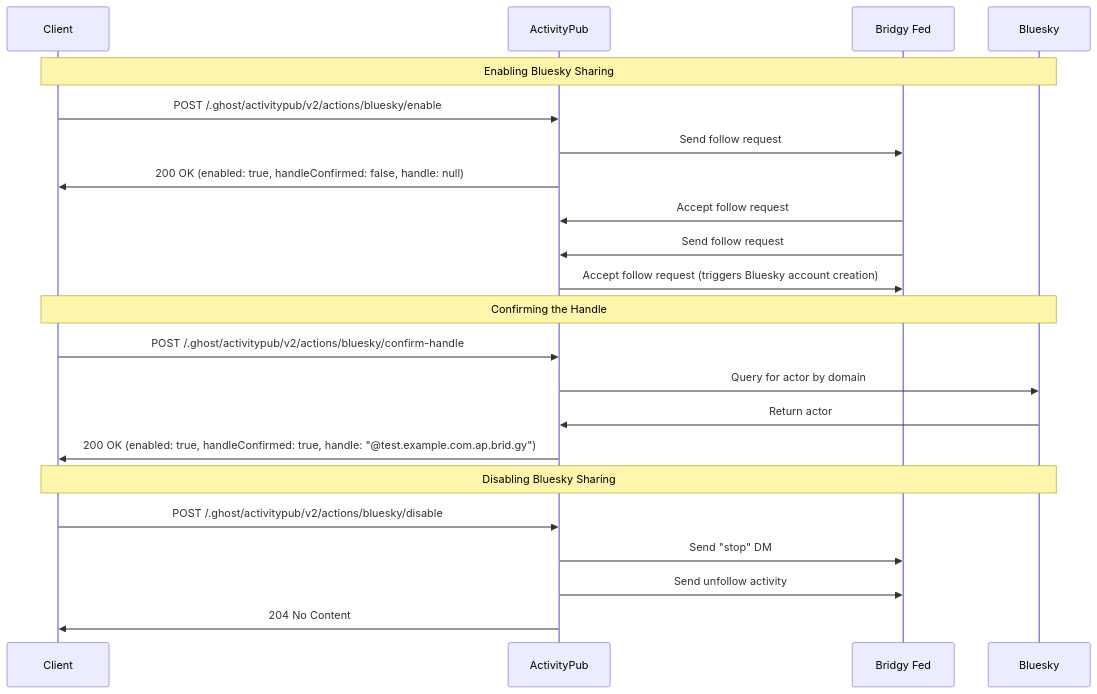
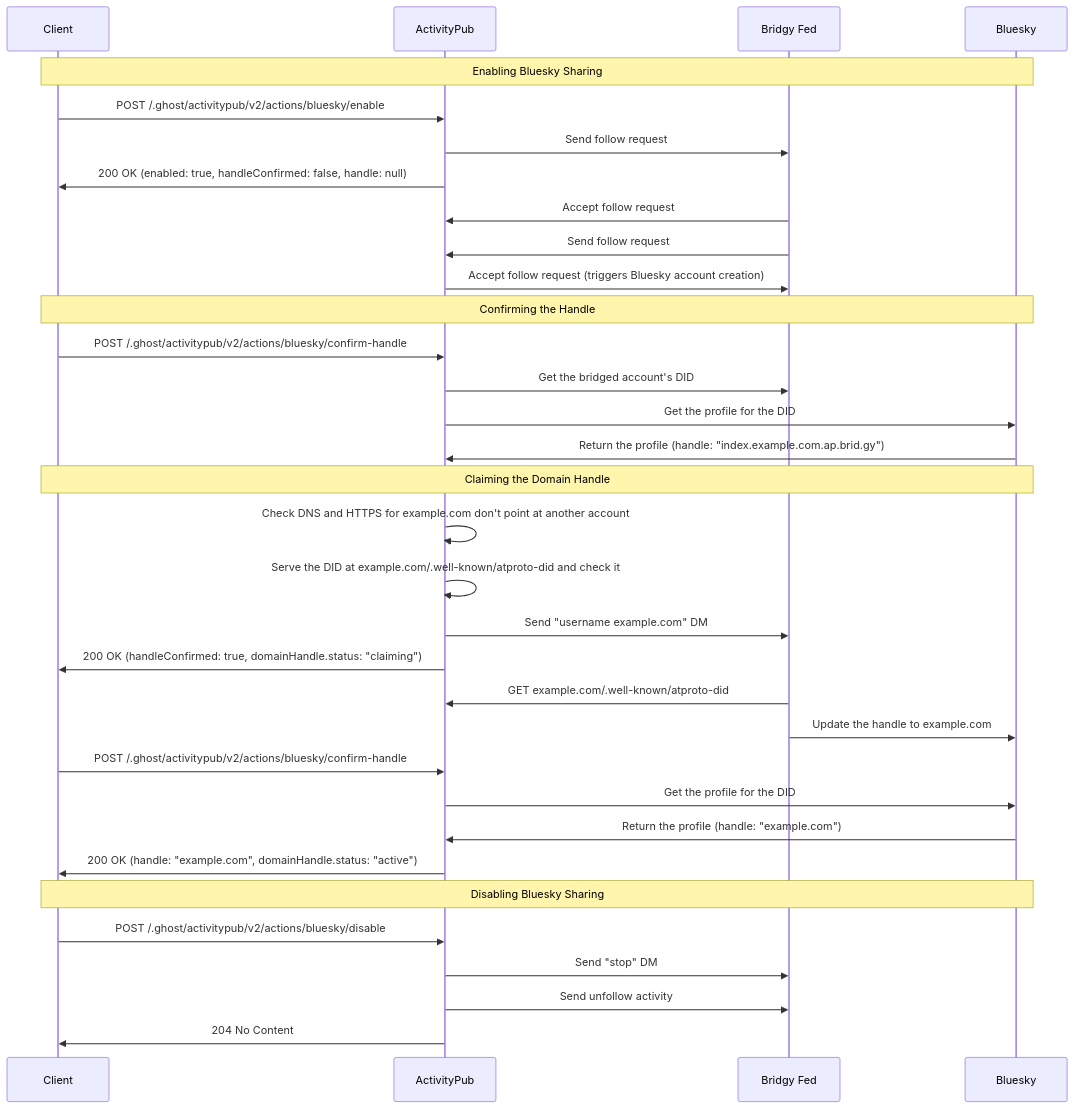
The diagram in docs/bluesky-sharing.md (TryGhost/ActivityPub), drawn with Mermaid before and after one commit. The commit also changed other lines of this file and 27 other files, not shown here.

First line of the commit message:
Added Bluesky domain handles

````diff
--- a/docs/bluesky-sharing.md
+++ b/docs/bluesky-sharing.md
@@ -98,31 +201,45 @@
 ```mermaid
   sequenceDiagram
       participant Client
       participant ActivityPub
       participant Bridgy Fed
       participant Bluesky
 
       Note over Client,Bluesky: Enabling Bluesky Sharing
 
       Client->>ActivityPub: POST /.ghost/activitypub/v2/actions/bluesky/enable
       ActivityPub->>Bridgy Fed: Send follow request
       ActivityPub->>Client: 200 OK (enabled: true, handleConfirmed: false, handle: null)
 
       Bridgy Fed->>ActivityPub: Accept follow request
       Bridgy Fed->>ActivityPub: Send follow request
       ActivityPub->>Bridgy Fed: Accept follow request (triggers Bluesky account creation)
 
       Note over Client,Bluesky: Confirming the Handle
 
       Client->>ActivityPub: POST /.ghost/activitypub/v2/actions/bluesky/confirm-handle
-      ActivityPub->>Bluesky: Query for actor by domain
-      Bluesky->>ActivityPub: Return actor
-      ActivityPub->>Client: 200 OK (enabled: true, handleConfirmed: true, handle: "@test.example.com.ap.brid.gy")
+      ActivityPub->>Bridgy Fed: Get the bridged account's DID
+      ActivityPub->>Bluesky: Get the profile for the DID
+      Bluesky->>ActivityPub: Return the profile (handle: "index.example.com.ap.brid.gy")
+
+      Note over Client,Bluesky: Claiming the Domain Handle
+
+      ActivityPub->>ActivityPub: Check DNS and HTTPS for example.com don't point at another account
+      ActivityPub->>ActivityPub: Serve the DID at example.com/.well-known/atproto-did and check it
+      ActivityPub->>Bridgy Fed: Send "username example.com" DM
+      ActivityPub->>Client: 200 OK (handleConfirmed: true, domainHandle.status: "claiming")
+      Bridgy Fed->>ActivityPub: GET example.com/.well-known/atproto-did
+      Bridgy Fed->>Bluesky: Update the handle to example.com
+
+      Client->>ActivityPub: POST /.ghost/activitypub/v2/actions/bluesky/confirm-handle
+      ActivityPub->>Bluesky: Get the profile for the DID
+      Bluesky->>ActivityPub: Return the profile (handle: "example.com")
+      ActivityPub->>Client: 200 OK (handle: "example.com", domainHandle.status: "active")
 
       Note over Client,Bluesky: Disabling Bluesky Sharing
 
       Client->>ActivityPub: POST /.ghost/activitypub/v2/actions/bluesky/disable
       ActivityPub->>Bridgy Fed: Send "stop" DM
       ActivityPub->>Bridgy Fed: Send unfollow activity
       ActivityPub->>Client: 204 No Content
 ```
````
